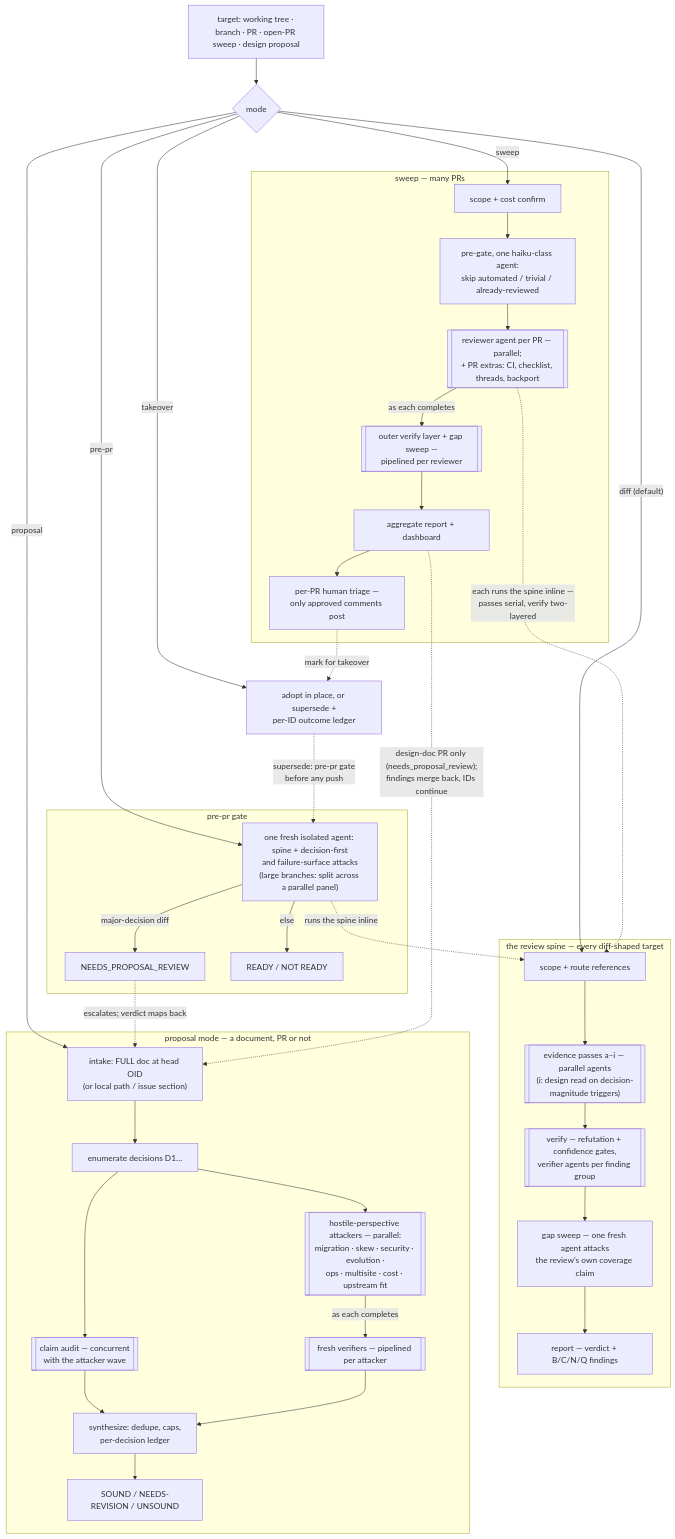
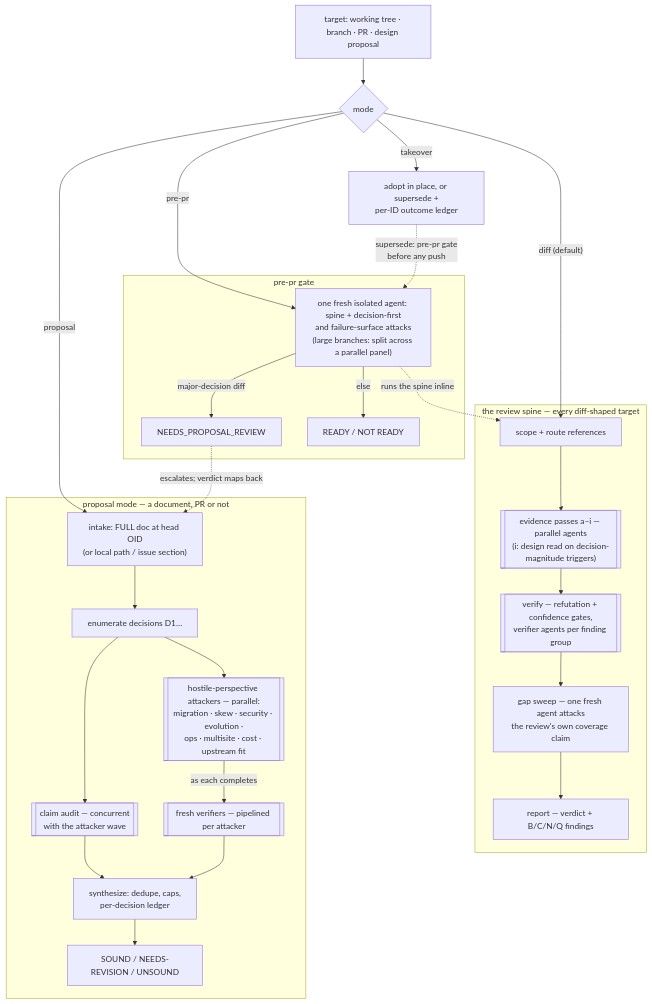
One commit to jhoblitt/rook-claude changed the diagram in README.md. Above: the diagram before and after it, drawn with Mermaid. The commit also changed other lines of this file and 13 other files, not shown here.

````diff
--- a/README.md
+++ b/README.md
@@ -72,47 +72,35 @@
 ```mermaid
 flowchart TD
-    T["target: working tree · branch · PR · open-PR sweep · design proposal"] --> M{mode}
+    T["target: working tree · branch · PR · design proposal"] --> M{mode}
 
     M -->|"diff (default)"| S1
     M -->|pre-pr| G1
-    M -->|sweep| W0
     M -->|proposal| P1
     M -->|takeover| K1["adopt in place, or supersede +<br/>per-ID outcome ledger"]
 
     subgraph SPINE["the review spine — every diff-shaped target"]
         S1["scope + route references"] --> S2[["evidence passes a–i — parallel agents<br/>(i: design read on decision-magnitude triggers)"]]
         S2 --> S3[["verify — refutation + confidence gates,<br/>verifier agents per finding group"]]
         S3 --> S4["gap sweep — one fresh agent attacks<br/>the review's own coverage claim"]
         S4 --> S5["report — verdict + B/C/N/Q findings"]
     end
 
     subgraph GATE["pre-pr gate"]
         G1["one fresh isolated agent: spine + decision-first<br/>and failure-surface attacks<br/>(large branches: split across a parallel panel)"] -->|major-decision diff| G4["NEEDS_PROPOSAL_REVIEW"]
         G1 -->|else| G3["READY / NOT READY"]
     end
 
-    subgraph SWEEP["sweep — many PRs"]
-        W0["scope + cost confirm"] --> W1["pre-gate, one haiku-class agent:<br/>skip automated / trivial / already-reviewed"]
-        W1 --> W2[["reviewer agent per PR — parallel;<br/>+ PR extras: CI, checklist, threads, backport"]]
-        W2 -->|as each completes| W3[["outer verify layer + gap sweep —<br/>pipelined per reviewer"]]
-        W3 --> W4["aggregate report + dashboard"]
-        W4 --> W5["per-PR human triage —<br/>only approved comments post"]
-    end
-
     subgraph PROP["proposal mode — a document, PR or not"]
         P1["intake: FULL doc at head OID<br/>(or local path / issue section)"] --> P2["enumerate decisions D1…"]
         P2 --> P3[["claim audit — concurrent<br/>with the attacker wave"]]
         P2 --> P4[["hostile-perspective attackers — parallel:<br/>migration · skew · security · evolution ·<br/>ops · multisite · cost · upstream fit"]]
         P4 -->|as each completes| P5[["fresh verifiers — pipelined per attacker"]]
         P3 --> P6["synthesize: dedupe, caps,<br/>per-decision ledger"]
         P5 --> P6
         P6 --> P7["SOUND / NEEDS-REVISION / UNSOUND"]
     end
 
     G1 -.->|"runs the spine inline"| S1
-    W2 -.->|"each runs the spine inline —<br/>passes serial, verify two-layered"| S1
     G4 -.->|"escalates; verdict maps back"| P1
-    W4 -.->|"design-doc PR only (needs_proposal_review);<br/>findings merge back, IDs continue"| P1
-    W5 -.->|"mark for takeover"| K1
     K1 -.->|"supersede: pre-pr gate<br/>before any push"| G1
 ```
````
